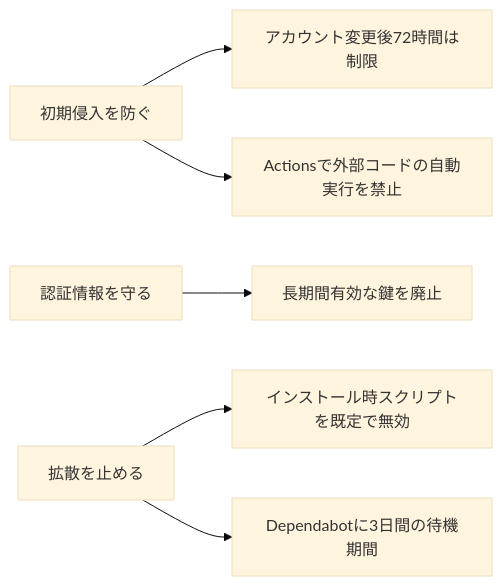
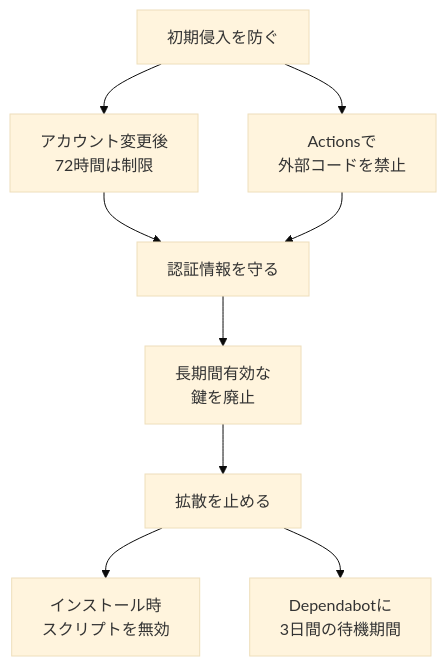
Before and after one commit to newbee1939/knowledge-flow: the fourth of 5 diagrams in docs/blog/posts/2026-07-30.md, drawn with Mermaid (base theme). The commit also changed other lines of this file and 23 other files, not shown here.

First line of the commit message:
style: Mermaid 図を縦向きにして本文幅に収める

````diff
--- a/docs/blog/posts/2026-07-30.md
+++ b/docs/blog/posts/2026-07-30.md
@@ -192,8 +196,11 @@
 ```mermaid
-flowchart LR
-    A[初期侵入を防ぐ] --> A1[アカウント変更後72時間は制限]
-    A --> A2[Actionsで外部コードの自動実行を禁止]
-    B[認証情報を守る] --> B1[長期間有効な鍵を廃止]
-    C[拡散を止める] --> C1[インストール時スクリプトを既定で無効]
-    C --> C2[Dependabotに3日間の待機期間]
+flowchart TD
+    A[初期侵入を防ぐ] --> A1[アカウント変更後<br/>72時間は制限]
+    A --> A2[Actionsで<br/>外部コードを禁止]
+    A1 --> B[認証情報を守る]
+    A2 --> B
+    B --> B1[長期間有効な<br/>鍵を廃止]
+    B1 --> C[拡散を止める]
+    C --> C1[インストール時<br/>スクリプトを無効]
+    C --> C2[Dependabotに<br/>3日間の待機期間]
 ```
````
